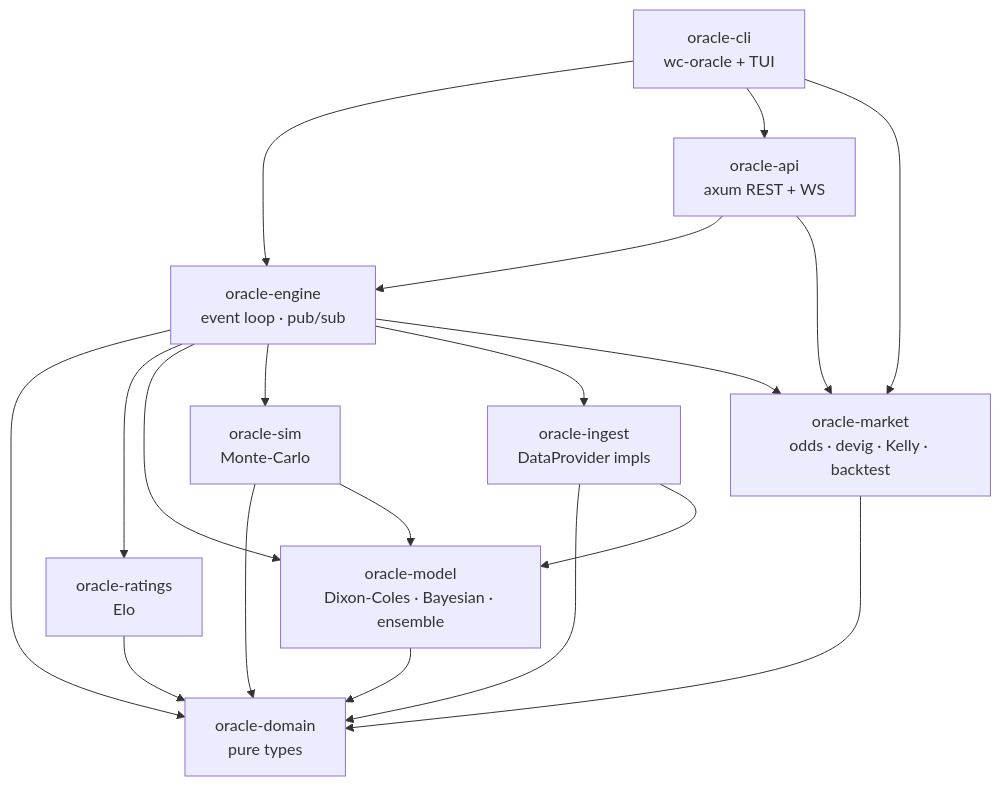
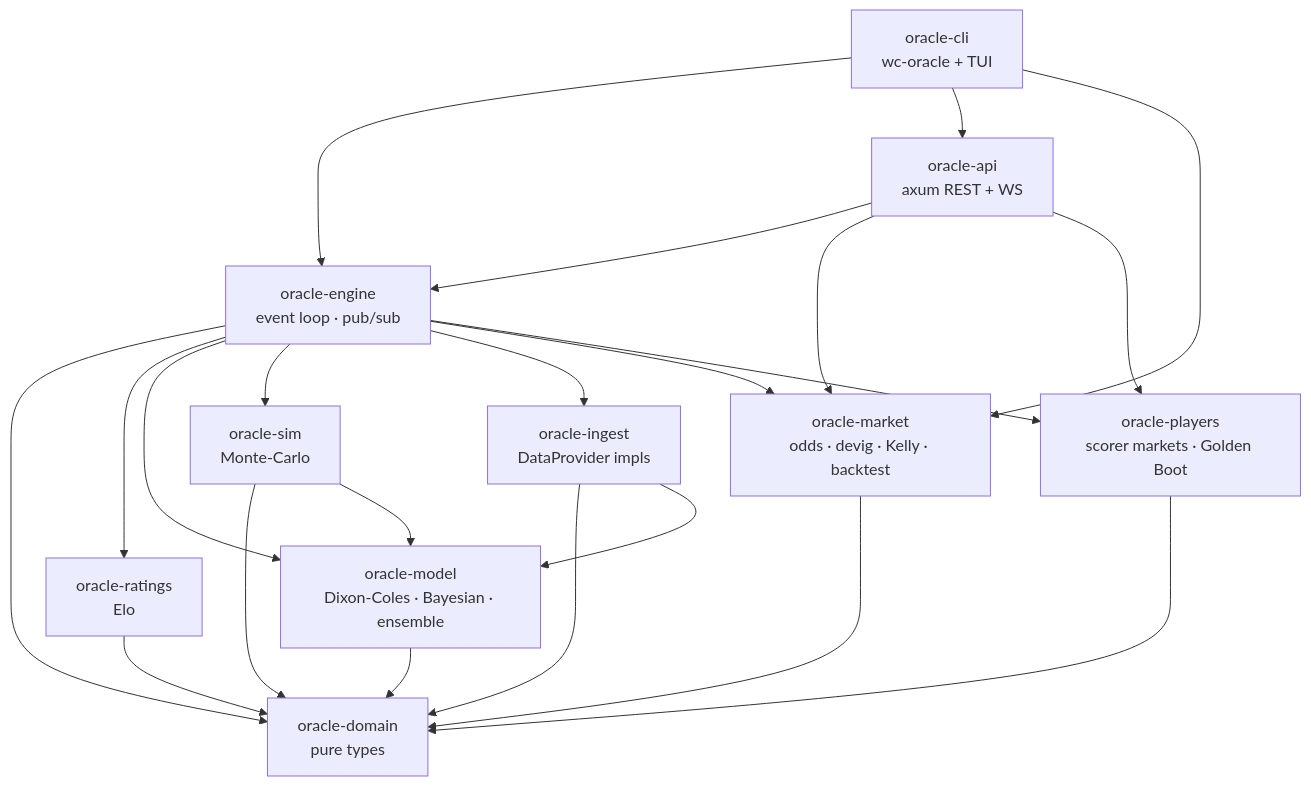
One commit to ruhan-sahasi/worldcup-oracle changed the first of 2 diagrams in docs/ARCHITECTURE.md. Above: the diagram before and after it, drawn with Mermaid. The commit also changed other lines of this file and 2 other files, not shown here.

First line of the commit message:
Document the goalscorer subsystem (13/13: goalscorer markets)

````diff
--- a/docs/ARCHITECTURE.md
+++ b/docs/ARCHITECTURE.md
@@ -9,31 +9,35 @@
 ```mermaid
 graph TD
     domain[oracle-domain<br/>pure types]
     ratings[oracle-ratings<br/>Elo]
     model[oracle-model<br/>Dixon-Coles · Bayesian · ensemble]
     sim[oracle-sim<br/>Monte-Carlo]
     ingest[oracle-ingest<br/>DataProvider impls]
     market[oracle-market<br/>odds · devig · Kelly · backtest]
+    players[oracle-players<br/>scorer markets · Golden Boot]
     engine[oracle-engine<br/>event loop · pub/sub]
     api[oracle-api<br/>axum REST + WS]
     cli[oracle-cli<br/>wc-oracle + TUI]
 
     ratings --> domain
     model --> domain
     sim --> domain
     sim --> model
     ingest --> domain
     ingest --> model
     market --> domain
+    players --> domain
     engine --> domain
     engine --> ratings
     engine --> model
     engine --> sim
     engine --> ingest
     engine --> market
+    engine --> players
     api --> engine
     api --> market
+    api --> players
     cli --> engine
     cli --> api
     cli --> market
 ```
````
